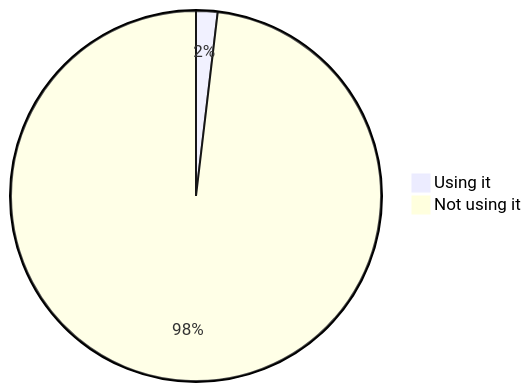
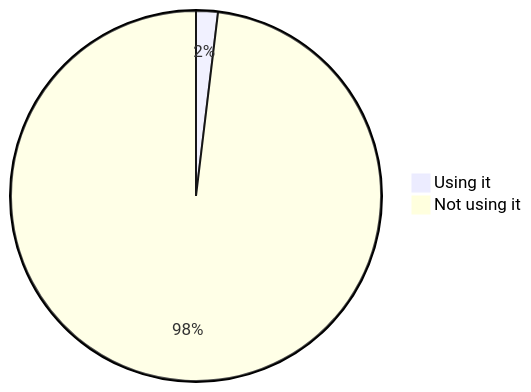
Before and after one commit to oshp/oshp-stats: the seventh of 22 diagrams in stats.md, drawn with Mermaid. The commit also changed other lines of this file, not shown here.

````diff
--- a/stats.md
+++ b/stats.md
@@ -82,6 +82,6 @@
 ```mermaid
 pie
-	"Using it" : 1.87
-	"Not using it" : 98.13
+	"Using it" : 1.9
+	"Not using it" : 98.1
 
 ```
````
